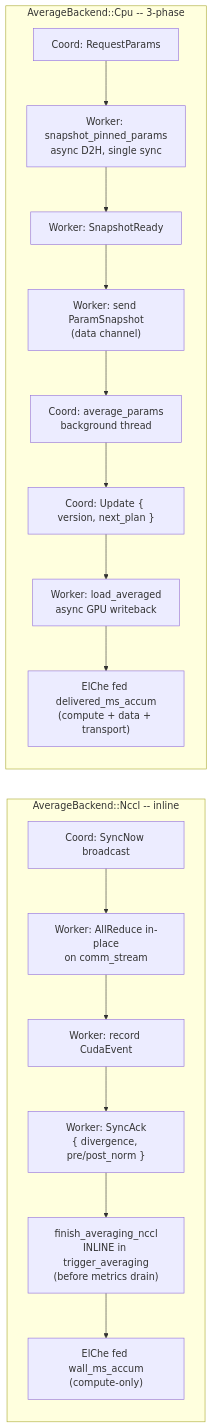
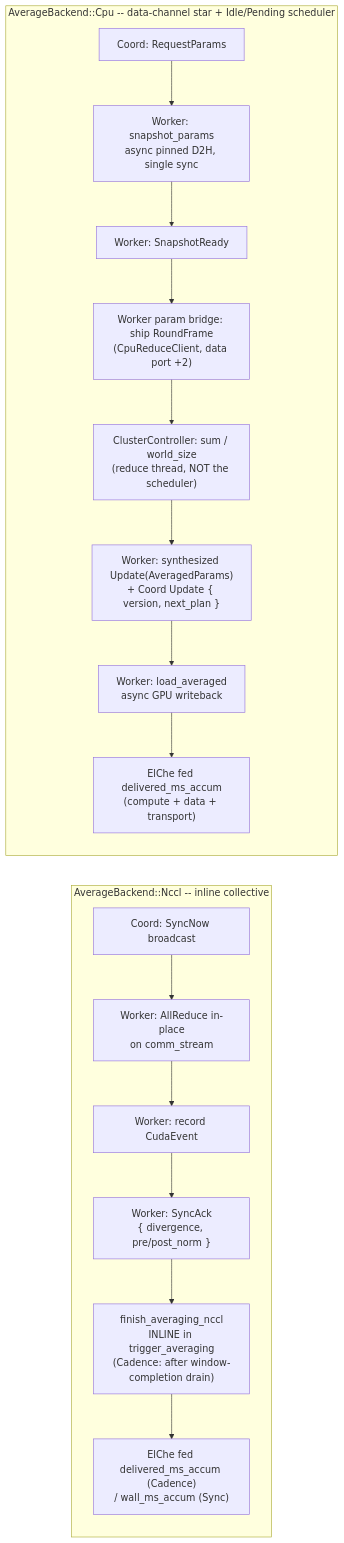
One commit to fab2s/floDl changed the fourth of 6 diagrams in docs/distributed/architecture.md. Above: the diagram before and after it, drawn with Mermaid. The commit also changed other lines of this file, not shown here.

````diff
--- a/docs/distributed/architecture.md
+++ b/docs/distributed/architecture.md
@@ -198,22 +222,22 @@
 ```mermaid
 flowchart LR
-    subgraph nccl["AverageBackend::Nccl -- inline"]
+    subgraph nccl["AverageBackend::Nccl -- inline collective"]
         direction TB
         N1["Coord: SyncNow broadcast"] --> N2["Worker: AllReduce in-place<br/>on comm_stream"]
         N2 --> N3["Worker: record CudaEvent"]
         N3 --> N4["Worker: SyncAck<br/>{ divergence, pre/post_norm }"]
-        N4 --> N5["finish_averaging_nccl<br/>INLINE in trigger_averaging<br/>(before metrics drain)"]
-        N5 --> N6["ElChe fed wall_ms_accum<br/>(compute-only)"]
+        N4 --> N5["finish_averaging_nccl<br/>INLINE in trigger_averaging<br/>(Cadence: after window-completion drain)"]
+        N5 --> N6["ElChe fed delivered_ms_accum (Cadence)<br/>/ wall_ms_accum (Sync)"]
     end
 
-    subgraph cpu["AverageBackend::Cpu -- 3-phase"]
+    subgraph cpu["AverageBackend::Cpu -- data-channel star + Idle/Pending scheduler"]
         direction TB
-        P1["Coord: RequestParams"] --> P2["Worker: snapshot_pinned_params<br/>async D2H, single sync"]
+        P1["Coord: RequestParams"] --> P2["Worker: snapshot_params<br/>async pinned D2H, single sync"]
         P2 --> P3["Worker: SnapshotReady"]
-        P3 --> P4["Worker: send ParamSnapshot<br/>(data channel)"]
-        P4 --> P5["Coord: average_params<br/>background thread"]
-        P5 --> P6["Coord: Update { version, next_plan }"]
+        P3 --> P4["Worker param bridge: ship RoundFrame<br/>(CpuReduceClient, data port +2)"]
+        P4 --> P5["ClusterController: sum / world_size<br/>(reduce thread, NOT the scheduler)"]
+        P5 --> P6["Worker: synthesized Update(AveragedParams)<br/>+ Coord Update { version, next_plan }"]
         P6 --> P7["Worker: load_averaged<br/>async GPU writeback"]
         P7 --> P8["ElChe fed delivered_ms_accum<br/>(compute + data + transport)"]
     end
 ```
````
